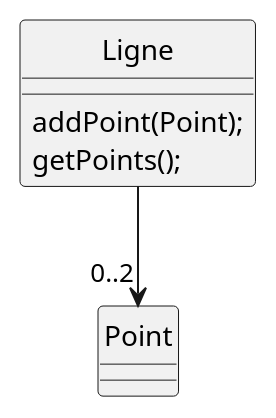
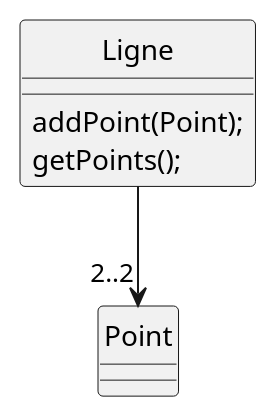
One commit to IUT-Blagnac/POO changed the second of 2 diagrams in COO/TD0.adoc. Above: the diagram before and after it, drawn with PlantUML. The commit also changed 2 other files, not shown here.

Commit message:
Update TD0

```diff
--- a/COO/TD0.adoc
+++ b/COO/TD0.adoc
@@ -336,10 +336,10 @@
 [plantuml]
 -----
 hide circle
 class Point
 class Ligne {
 addPoint(Point);
 getPoints();
 }
-Ligne --> "0..2" Point
+Ligne --> "2..2" Point
 -----
```
